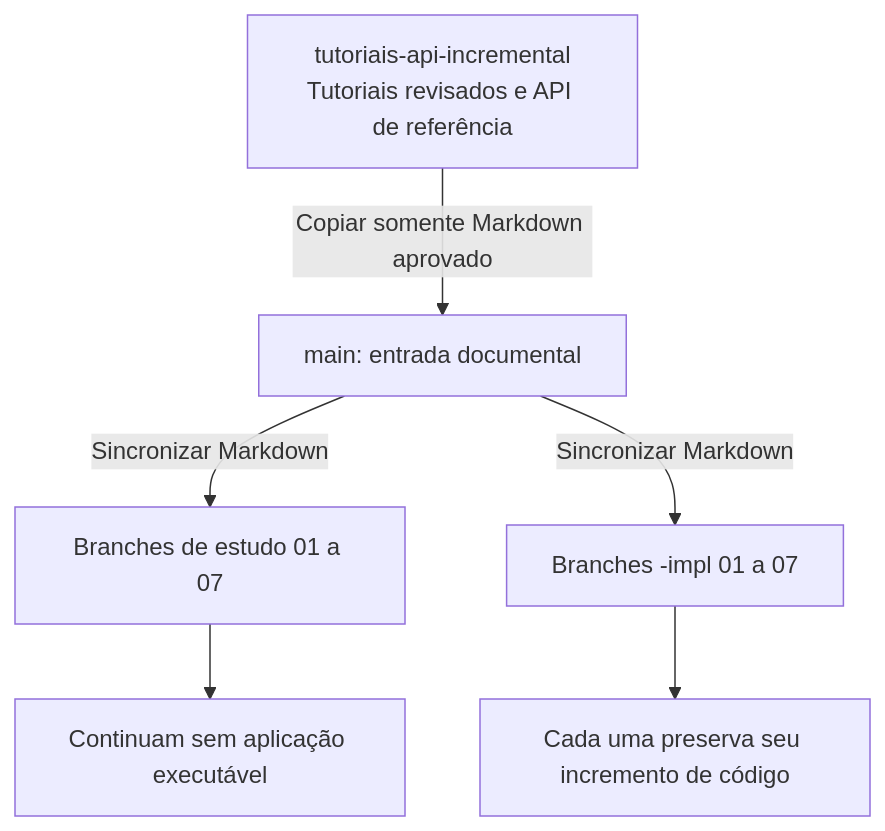
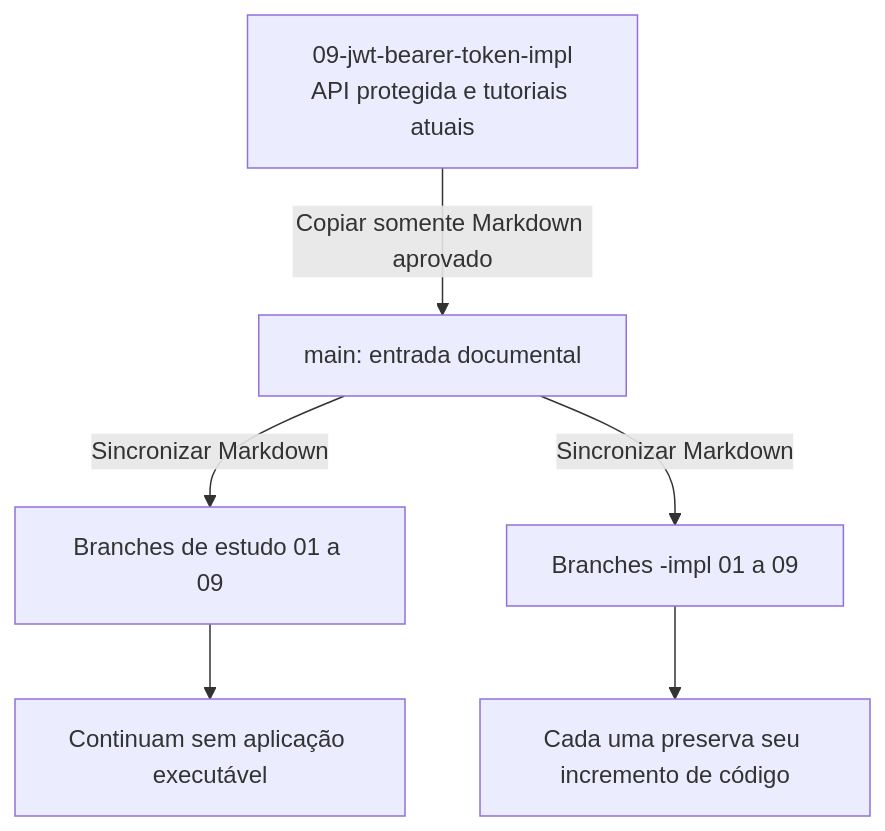
Before and after one commit to e24Dev/CaixaDeSugestoes: the diagram in docs/guia-professor.md, drawn with Mermaid. The commit also changed other lines of this file and 29 other files, not shown here.

Commit message:
feat(module-09): add admin JWT login and secure Bearer workflow

````diff
--- a/docs/guia-professor.md
+++ b/docs/guia-professor.md
@@ -99,9 +105,9 @@
 ```mermaid
 flowchart TB
-    Revisao["tutoriais-api-incremental<br/>Tutoriais revisados e API de referência"]
+    Revisao["09-jwt-bearer-token-impl<br/>API protegida e tutoriais atuais"]
     Revisao -->|"Copiar somente Markdown aprovado"| Main["main: entrada documental"]
-    Main -->|"Sincronizar Markdown"| Estudos["Branches de estudo 01 a 07"]
-    Main -->|"Sincronizar Markdown"| Impl["Branches -impl 01 a 07"]
+    Main -->|"Sincronizar Markdown"| Estudos["Branches de estudo 01 a 09"]
+    Main -->|"Sincronizar Markdown"| Impl["Branches -impl 01 a 09"]
     Estudos --> Documentos["Continuam sem aplicação executável"]
     Impl --> Incrementos["Cada uma preserva seu incremento de código"]
 ```
````
